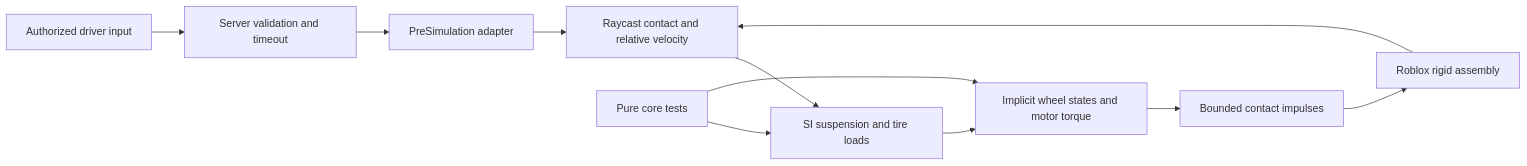
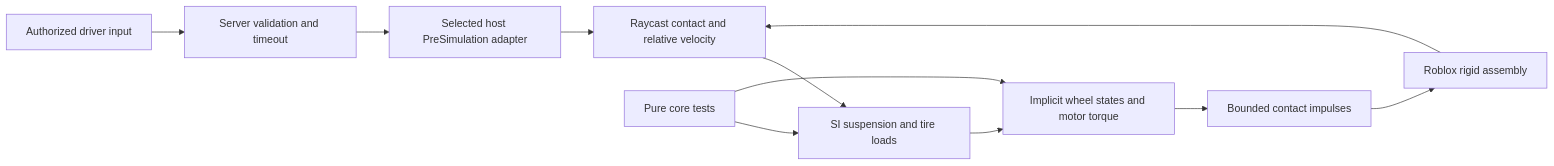
Before and after one commit to arthurffht/apex-dynamics: the diagram in docs/architecture.md, drawn with Mermaid. The commit also changed other lines of this file and 91 other files, not shown here.

````diff
--- a/docs/architecture.md
+++ b/docs/architecture.md
@@ -5,13 +7,13 @@
 ```mermaid
 flowchart LR
     A[Authorized driver input] --> B[Server validation and timeout]
-    B --> C[PreSimulation adapter]
+    B --> C[Selected host PreSimulation adapter]
     C --> D[Raycast contact and relative velocity]
     D --> E[SI suspension and tire loads]
     E --> F[Implicit wheel states and motor torque]
     F --> G[Bounded contact impulses]
     G --> H[Roblox rigid assembly]
     H --> D
     I[Pure core tests] --> E
     I --> F
 ```
````
